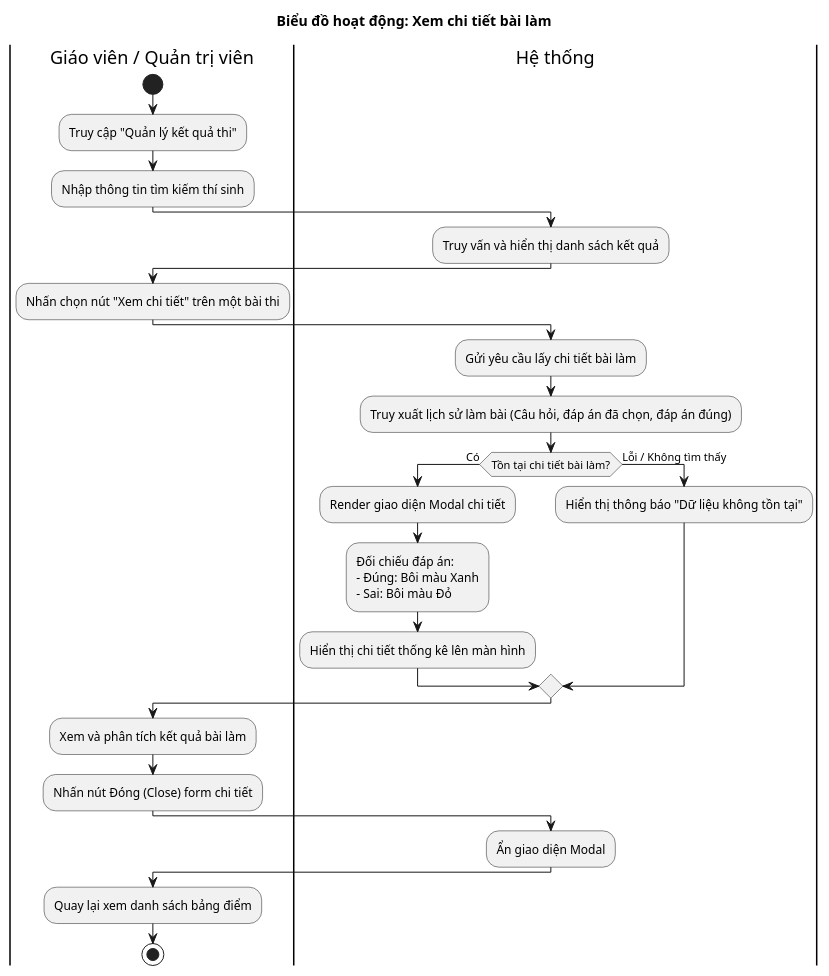
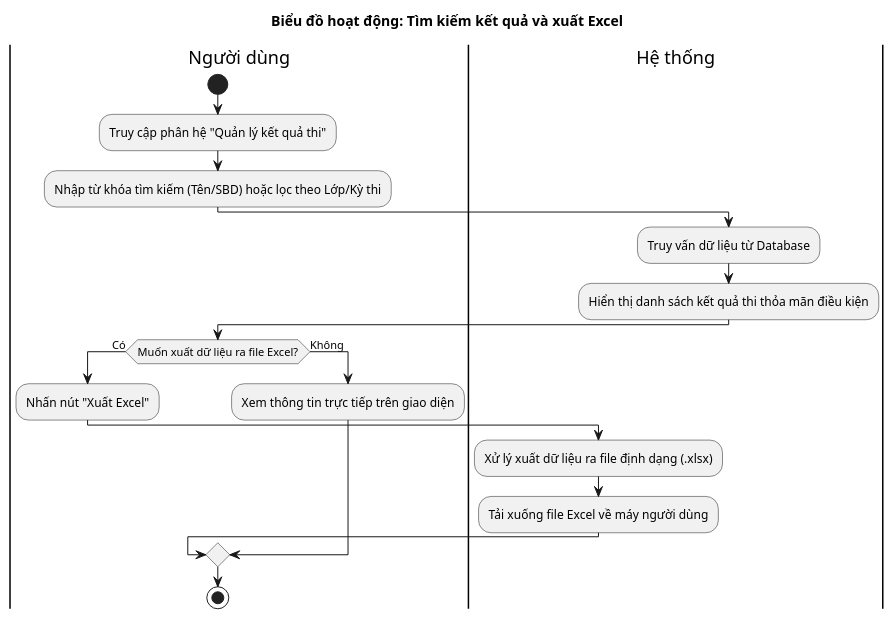
Before and after one commit to VuKV03/do-an-tot-nghiep: the fourth of 4 diagrams in Usecase/quanlyketquathi.md, drawn with PlantUML. The commit also changed other lines of this file and 10 other files, not shown here.

````diff
--- a/Usecase/quanlyketquathi.md
+++ b/Usecase/quanlyketquathi.md
@@ -95,41 +140,28 @@
 ```plantuml
 @startuml
-title Biểu đồ hoạt động: Xem chi tiết bài làm
+title Biểu đồ hoạt động: Tìm kiếm kết quả và xuất Excel
 
-|Giáo viên / Quản trị viên|
+|Người dùng|
 start
-:Truy cập "Quản lý kết quả thi";
-:Nhập thông tin tìm kiếm thí sinh;
+:Truy cập phân hệ "Quản lý kết quả thi";
+:Nhập từ khóa tìm kiếm (Tên/SBD) hoặc lọc theo Lớp/Kỳ thi;
 
 |Hệ thống|
-:Truy vấn và hiển thị danh sách kết quả;
+:Truy vấn dữ liệu từ Database;
+:Hiển thị danh sách kết quả thi thỏa mãn điều kiện;
 
-|Giáo viên / Quản trị viên|
-:Nhấn chọn nút "Xem chi tiết" trên một bài thi;
-
-|Hệ thống|
-:Gửi yêu cầu lấy chi tiết bài làm;
-:Truy xuất lịch sử làm bài (Câu hỏi, đáp án đã chọn, đáp án đúng);
-
-if (Tồn tại chi tiết bài làm?) then (Có)
-  :Render giao diện Modal chi tiết;
-  :Đối chiếu đáp án:
-  - Đúng: Bôi màu Xanh
-  - Sai: Bôi màu Đỏ;
-  :Hiển thị chi tiết thống kê lên màn hình;
-else (Lỗi / Không tìm thấy)
-  :Hiển thị thông báo "Dữ liệu không tồn tại";
+|Người dùng|
+if (Muốn xuất dữ liệu ra file Excel?) then (Có)
+  :Nhấn nút "Xuất Excel";
+  |Hệ thống|
+  :Xử lý xuất dữ liệu ra file định dạng (.xlsx);
+  :Tải xuống file Excel về máy người dùng;
+else (Không)
+  |Người dùng|
+  :Xem thông tin trực tiếp trên giao diện;
 endif
 
-|Giáo viên / Quản trị viên|
-:Xem và phân tích kết quả bài làm;
-:Nhấn nút Đóng (Close) form chi tiết;
-
-|Hệ thống|
-:Ẩn giao diện Modal;
-
-|Giáo viên / Quản trị viên|
-:Quay lại xem danh sách bảng điểm;
+|Người dùng|
 stop
 @enduml
 ```
````
